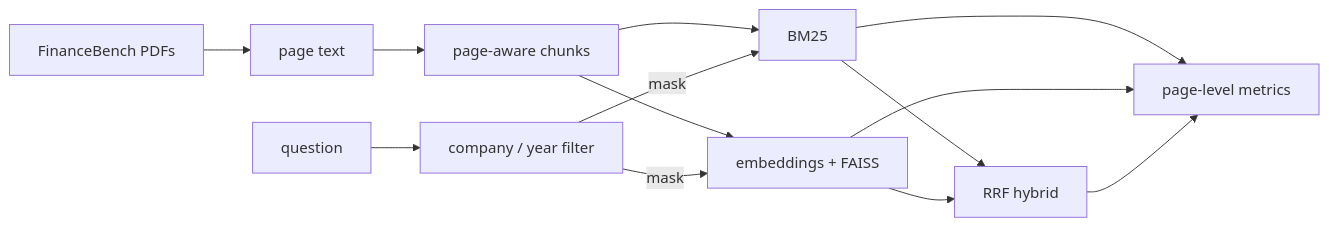
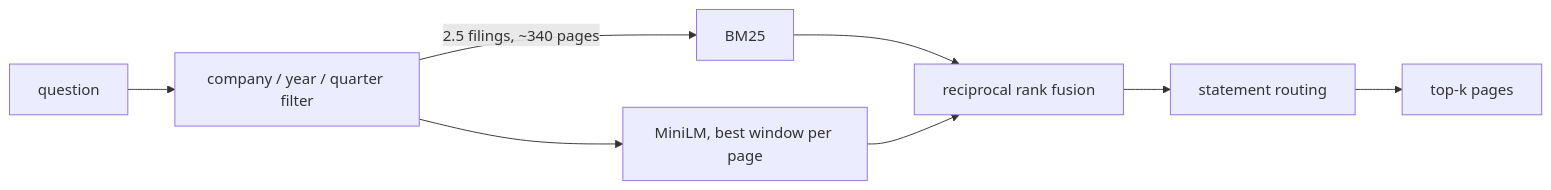
One commit to bharathkumardev1/finance-rag-eval changed the diagram in README.md. Above: the diagram before and after it, drawn with Mermaid. The commit also changed other lines of this file and 9 other files, not shown here.

````diff
--- a/README.md
+++ b/README.md
@@ -99,15 +95,10 @@
 ```mermaid
 flowchart LR
-    pdf[FinanceBench PDFs] --> pages[page text]
-    pages --> chunks[page-aware chunks]
-    chunks --> bm25[BM25]
-    chunks --> dense[embeddings + FAISS]
-    q[question] --> filt[company / year filter]
-    filt -->|mask| bm25
-    filt -->|mask| dense
-    bm25 --> rrf[RRF hybrid]
-    dense --> rrf
-    bm25 --> eval[page-level metrics]
-    dense --> eval
-    rrf --> eval
+    q[question] --> f[company / year / quarter filter]
+    f -->|2.5 filings, ~340 pages| bm[BM25]
+    f --> mini[MiniLM, best window per page]
+    bm --> rrf[reciprocal rank fusion]
+    mini --> rrf
+    rrf --> route[statement routing]
+    route --> top[top-k pages]
 ```
````
